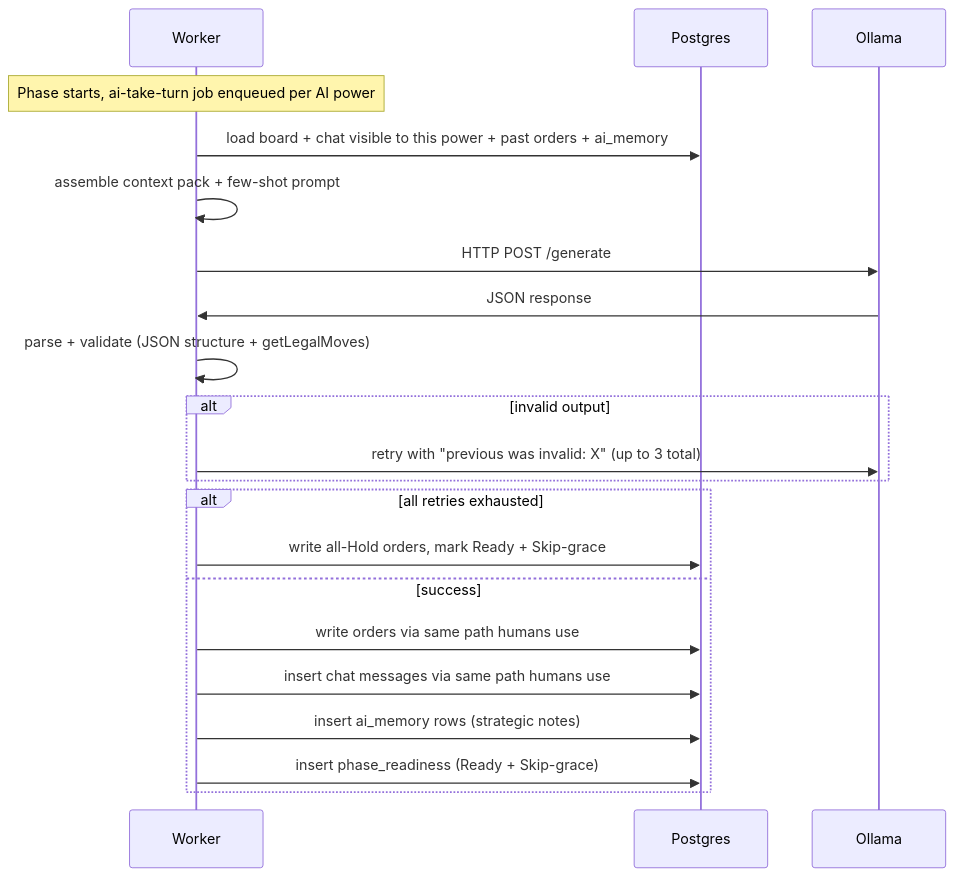
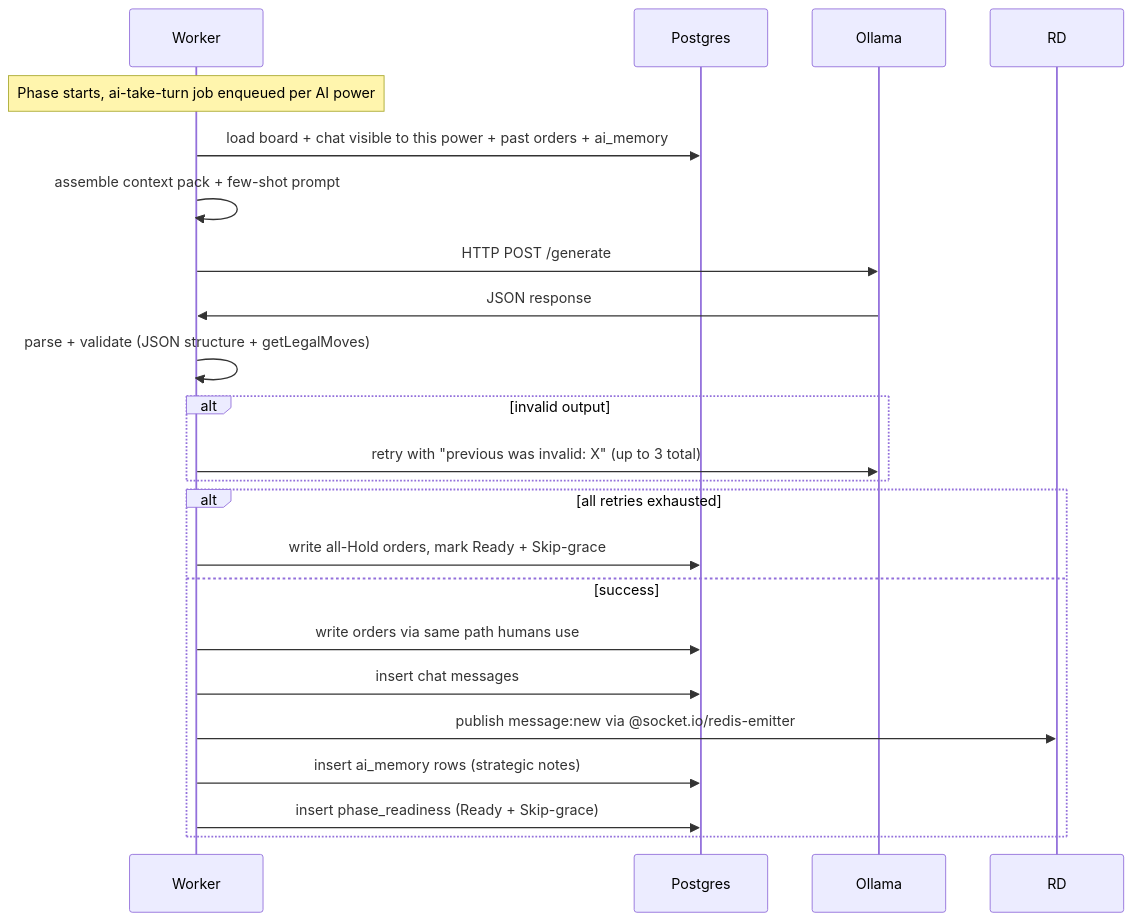
Diagram 16 of 18 in MilestoneSubmissions/DESIGN_DOC.md (The-Diplomats/Diplomacy), drawn with Mermaid before and after one commit. The commit also changed other lines of this file, not shown here.

Commit message:
docs(design): address architecture holes, switch to Drizzle, restructure folder layout

````diff
--- a/MilestoneSubmissions/DESIGN_DOC.md
+++ b/MilestoneSubmissions/DESIGN_DOC.md
@@ -521,23 +576,24 @@
 ```mermaid
 sequenceDiagram
     participant WK as Worker
     participant PG as Postgres
     participant OLL as Ollama
     Note over WK: Phase starts, ai-take-turn job enqueued per AI power
     WK->>PG: load board + chat visible to this power + past orders + ai_memory
     WK->>WK: assemble context pack + few-shot prompt
     WK->>OLL: HTTP POST /generate
     OLL->>WK: JSON response
     WK->>WK: parse + validate (JSON structure + getLegalMoves)
     alt invalid output
         WK->>OLL: retry with "previous was invalid: X" (up to 3 total)
     end
     alt all retries exhausted
         WK->>PG: write all-Hold orders, mark Ready + Skip-grace
     else success
         WK->>PG: write orders via same path humans use
-        WK->>PG: insert chat messages via same path humans use
+        WK->>PG: insert chat messages
+        WK->>RD: publish message:new via @socket.io/redis-emitter
         WK->>PG: insert ai_memory rows (strategic notes)
         WK->>PG: insert phase_readiness (Ready + Skip-grace)
     end
 ```
````
